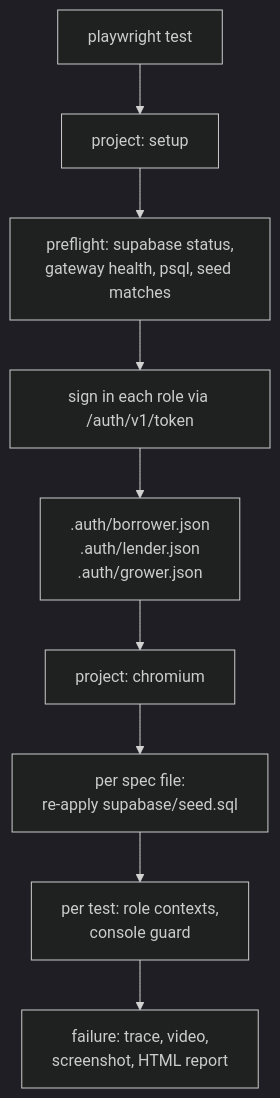
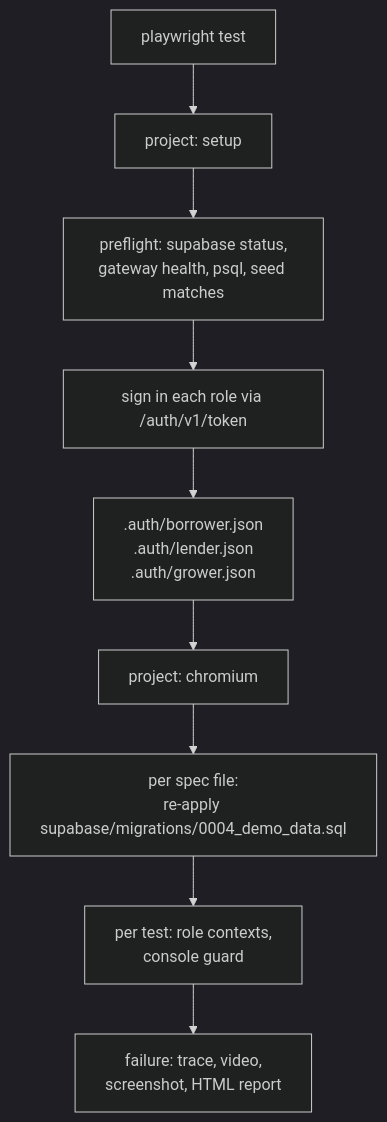
Before and after one commit to jerryrt/agentic-assignment: the diagram in apps/web/e2e/README.md, drawn with Mermaid (dark theme). The commit also changed other lines of this file and 15 other files, not shown here.

````diff
--- a/apps/web/e2e/README.md
+++ b/apps/web/e2e/README.md
@@ -48,11 +48,11 @@
 ```mermaid
 graph TD
     A["playwright test"] --> B["project: setup"]
     B --> C["preflight: supabase status,<br/>gateway health, psql, seed matches"]
     C --> D["sign in each role via /auth/v1/token"]
     D --> E[".auth/borrower.json<br/>.auth/lender.json<br/>.auth/grower.json"]
     E --> F["project: chromium"]
-    F --> G["per spec file:<br/>re-apply supabase/seed.sql"]
+    F --> G["per spec file:<br/>re-apply supabase/migrations/0004_demo_data.sql"]
     G --> H["per test: role contexts,<br/>console guard"]
     H --> I["failure: trace, video,<br/>screenshot, HTML report"]
 ```
````
